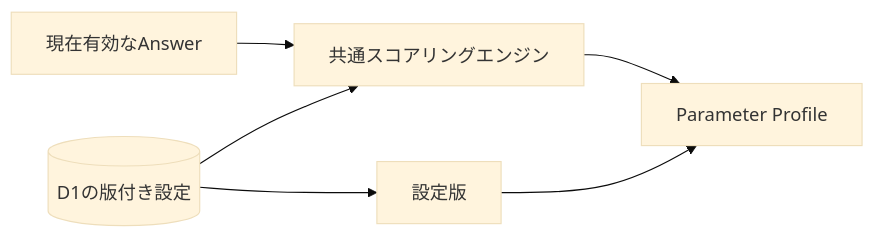
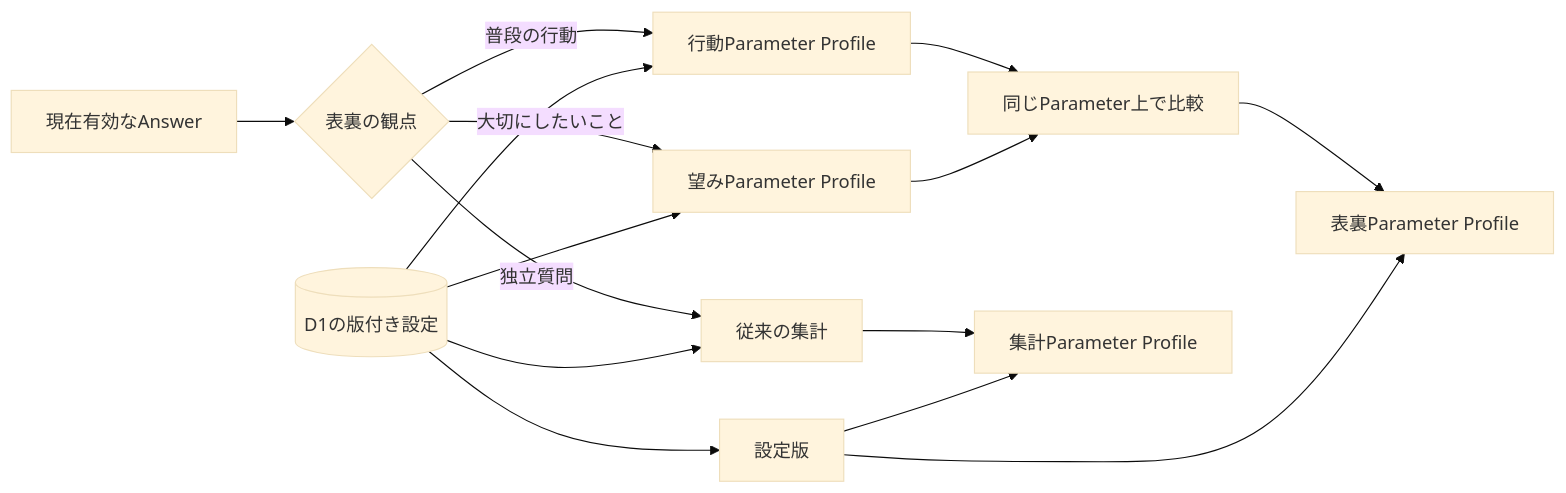
Before and after one commit to kkyosuke/me-builder: the diagram in docs/diagnosis/scoring/parameter-scoring-design.md, drawn with Mermaid (base theme). The commit also changed other lines of this file and 33 other files, not shown here.

````diff
--- a/docs/diagnosis/scoring/parameter-scoring-design.md
+++ b/docs/diagnosis/scoring/parameter-scoring-design.md
@@ -15,8 +15,17 @@
 ```mermaid
 flowchart LR
-    A[現在有効なAnswer] --> E[共通スコアリングエンジン]
+    A[現在有効なAnswer] --> S{表裏の観点}
+    S -->|独立質問| E[従来の集計]
+    S -->|普段の行動| B[行動Parameter Profile]
+    S -->|大切にしたいこと| W[望みParameter Profile]
+    B --> C[同じParameter上で比較]
+    W --> C
     D[(D1の版付き設定)] --> E
-    E --> P[Parameter Profile]
+    D --> B
+    D --> W
+    E --> P[集計Parameter Profile]
+    C --> P2[表裏Parameter Profile]
     D --> V[設定版]
     V --> P
+    V --> P2
 ```
````
